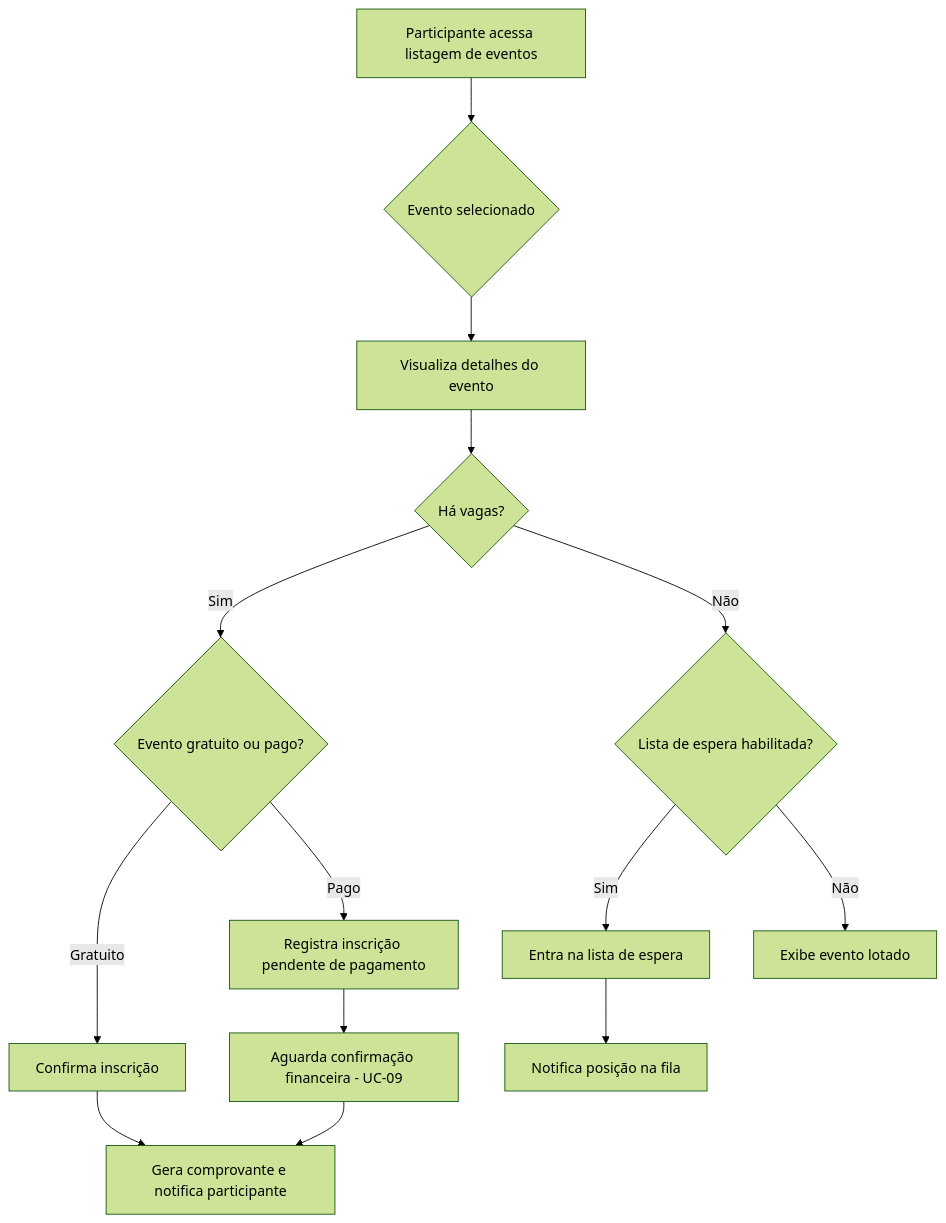
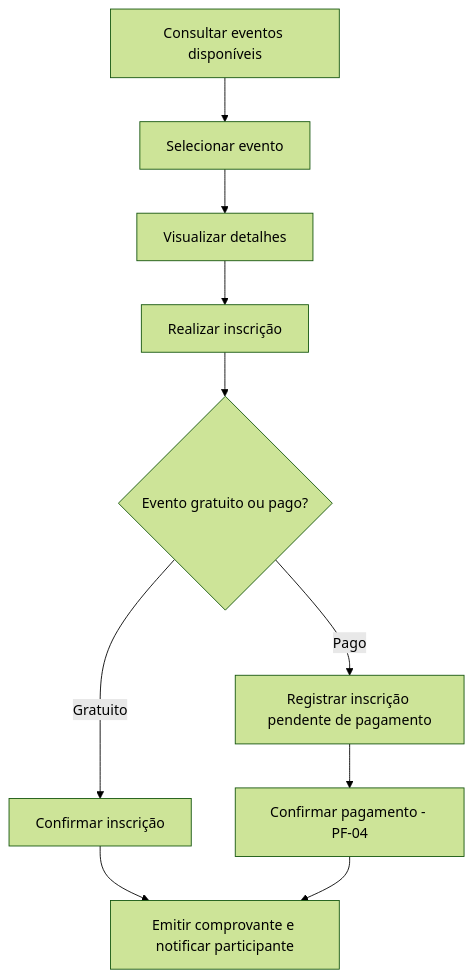
One commit to felipe-globo/engenharia-requisitos-genai changed the first of 7 diagrams in especificacao/prototipos-e-fluxos.md. Above: the diagram before and after it, drawn with Mermaid (forest theme). The commit also changed other lines of this file, not shown here.

First line of the commit message:
docs: simplify prototypes and flows to main path diagrams

````diff
--- a/especificacao/prototipos-e-fluxos.md
+++ b/especificacao/prototipos-e-fluxos.md
@@ -22,16 +11,12 @@
 ```mermaid
 flowchart TD
-    A[Participante acessa listagem de eventos] --> B{Evento selecionado}
-    B --> C[Visualiza detalhes do evento]
-    C --> D{Há vagas?}
-    D -->|Sim| E{Evento gratuito ou pago?}
-    D -->|Não| F{Lista de espera habilitada?}
-    F -->|Sim| G[Entra na lista de espera]
-    F -->|Não| H[Exibe evento lotado]
-    E -->|Gratuito| I[Confirma inscrição]
-    E -->|Pago| J[Registra inscrição pendente de pagamento]
-    I --> K[Gera comprovante e notifica participante]
-    J --> L[Aguarda confirmação financeira - UC-09]
-    L --> K
-    G --> M[Notifica posição na fila]
+    A[Consultar eventos disponíveis] --> B[Selecionar evento]
+    B --> C[Visualizar detalhes]
+    C --> D[Realizar inscrição]
+    D --> E{Evento gratuito ou pago?}
+    E -->|Gratuito| F[Confirmar inscrição]
+    E -->|Pago| G[Registrar inscrição pendente de pagamento]
+    G --> H[Confirmar pagamento - PF-04]
+    F --> I[Emitir comprovante e notificar participante]
+    H --> I
 ```
````
